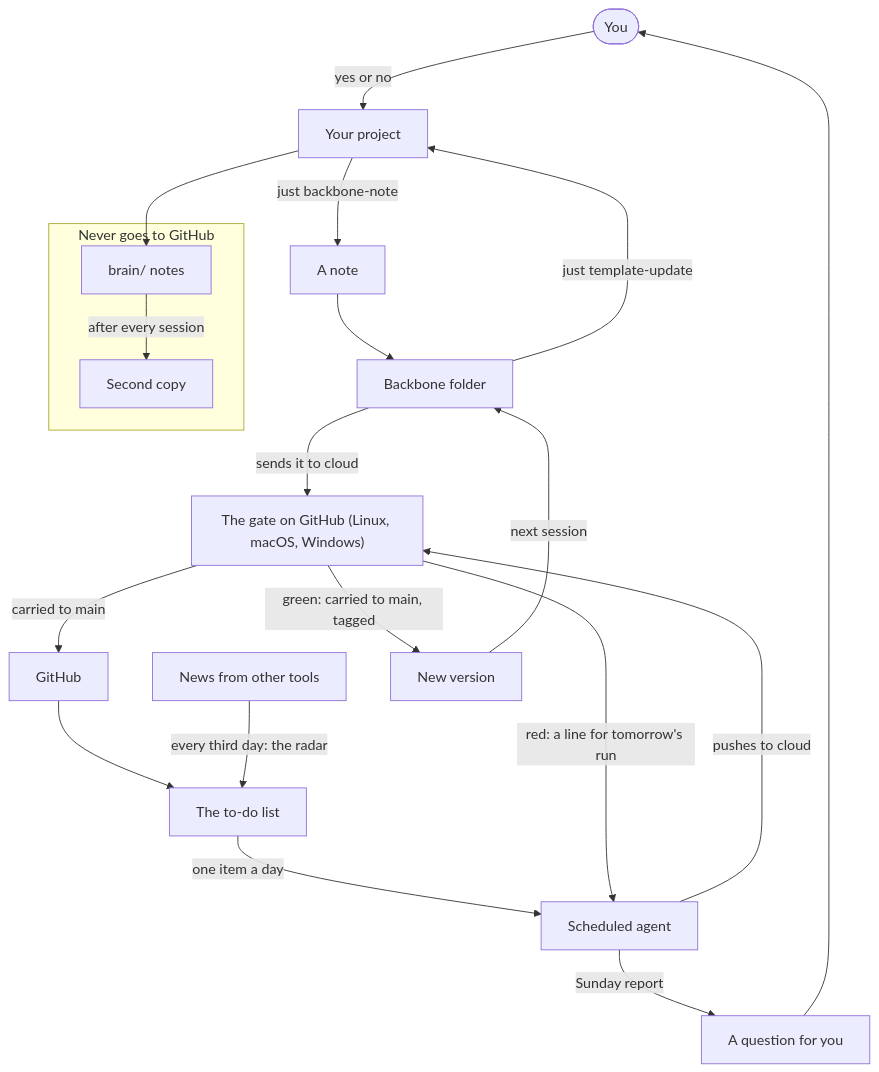
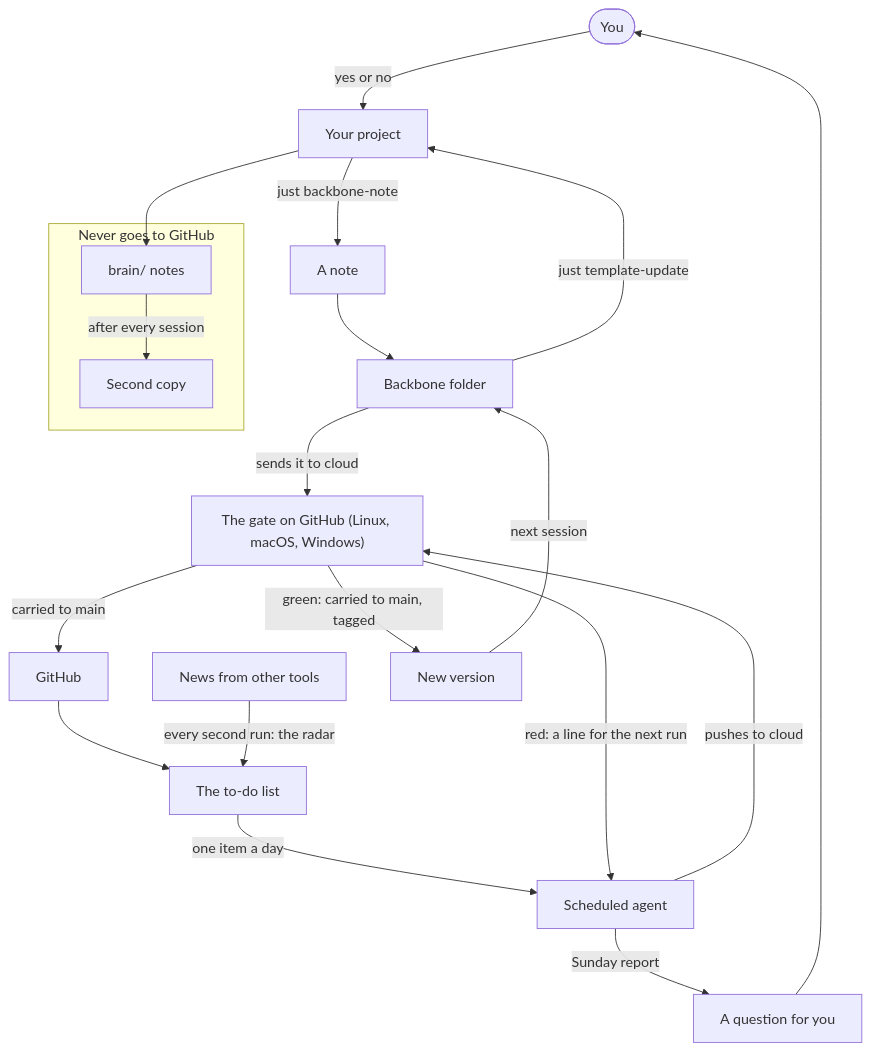
One commit to yerlytech/ai-backbone changed the first of 2 diagrams in docs/how-it-works.md. Above: the diagram before and after it, drawn with Mermaid. The commit also changed other lines of this file and 9 other files, not shown here.

First line of the commit message:
chore: the routine runs every third day, and the radar every second run (just radar-due)

````diff
--- a/docs/how-it-works.md
+++ b/docs/how-it-works.md
@@ -9,39 +9,39 @@
 ```mermaid
 flowchart TD
     you(["You"])
     proj["Your project"]
     memo["A note"]
     folder["Backbone folder"]
     hub["GitHub"]
     todo["The to-do list"]
     news["News from other tools"]
     agent["Scheduled agent"]
     gate["The gate on GitHub (Linux, macOS, Windows)"]
     ver["New version"]
     ask["A question for you"]
 
     subgraph kept ["Never goes to GitHub"]
         brain["brain/ notes"]
         spare["Second copy"]
     end
 
     proj -->|"just backbone-note"| memo
     memo --> folder
     folder -->|"sends it to cloud"| gate
     gate -->|"carried to main"| hub
     hub --> todo
-    news -->|"every third day: the radar"| todo
+    news -->|"every second run: the radar"| todo
     todo -->|"one item a day"| agent
     agent -->|"pushes to cloud"| gate
     gate -->|"green: carried to main, tagged"| ver
-    gate -->|"red: a line for tomorrow's run"| agent
+    gate -->|"red: a line for the next run"| agent
     ver -->|"next session"| folder
     folder -->|"just template-update"| proj
 
     agent -->|"Sunday report"| ask
     ask --> you
     you -->|"yes or no"| proj
 
     proj --> brain
     brain -->|"after every session"| spare
 ```
````
